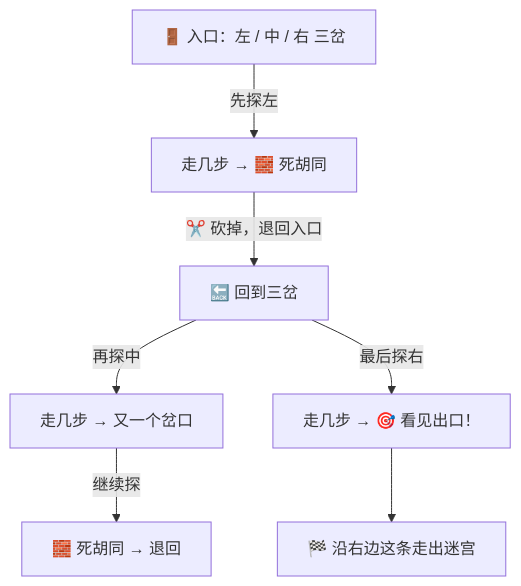
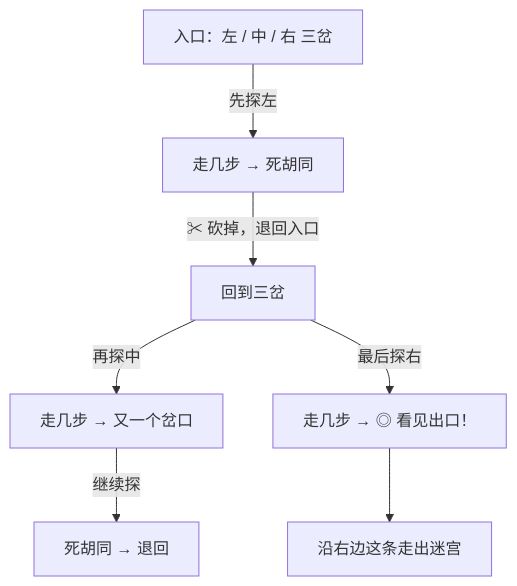
The fifth of 6 diagrams in docs/02_CONCEPTS_概念入门/CONCEPT/[CONCEPT-24] 什么是思维树-TreeOfThoughts.md (luckykhy/KhyAiHub), drawn with Mermaid before and after one commit. The commit also changed other lines of this file, not shown here.

````diff
--- a/docs/02_CONCEPTS_概念入门/CONCEPT/[CONCEPT-24] 什么是思维树-TreeOfThoughts.md
+++ b/docs/02_CONCEPTS_概念入门/CONCEPT/[CONCEPT-24] 什么是思维树-TreeOfThoughts.md
@@ -252,10 +252,10 @@
 ```mermaid
 flowchart TB
-  IN["🚪 入口：左 / 中 / 右 三岔"]
-  IN -->|"先探左"| L["走几步 → 🧱 死胡同"]
-  L -->|"✂️ 砍掉，退回入口"| IN2["🔙 回到三岔"]
+  IN["入口：左 / 中 / 右 三岔"]
+  IN -->|"先探左"| L["走几步 → 死胡同"]
+  L -->|"✂ 砍掉，退回入口"| IN2["回到三岔"]
   IN2 -->|"再探中"| M["走几步 → 又一个岔口"]
-  M -->|"继续探"| M2["🧱 死胡同 → 退回"]
-  IN2 -->|"最后探右"| R["走几步 → 🎯 看见出口！"]
-  R --> OUT["🏁 沿右边这条走出迷宫"]
+  M -->|"继续探"| M2["死胡同 → 退回"]
+  IN2 -->|"最后探右"| R["走几步 → ◎ 看见出口！"]
+  R --> OUT["沿右边这条走出迷宫"]
 ```
````
